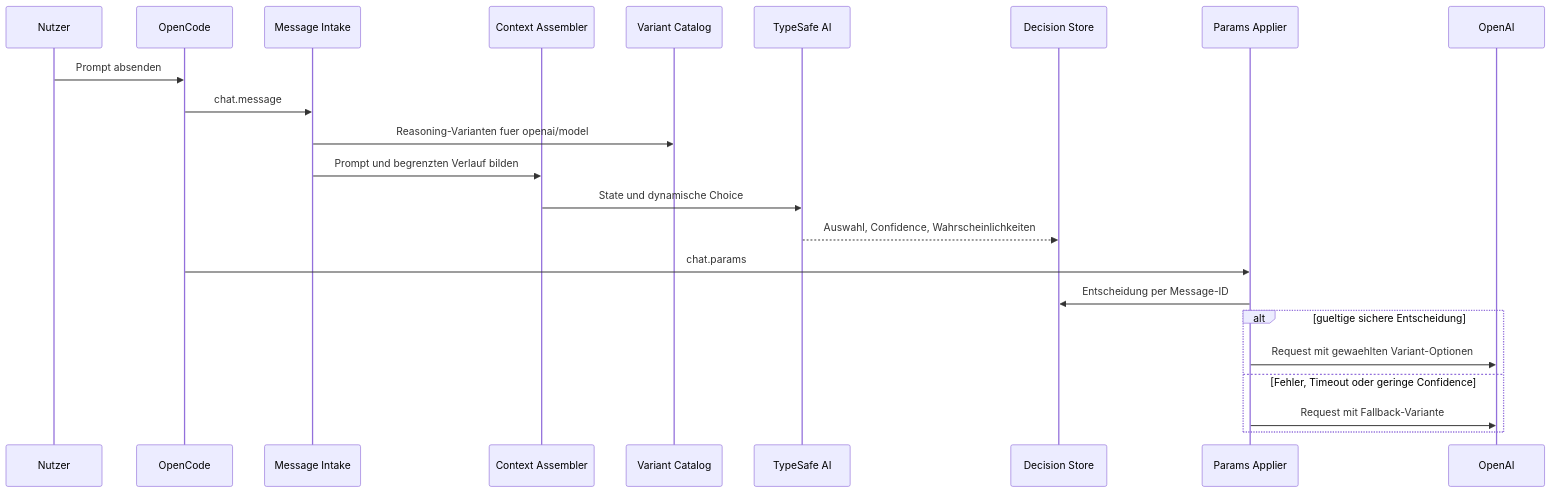
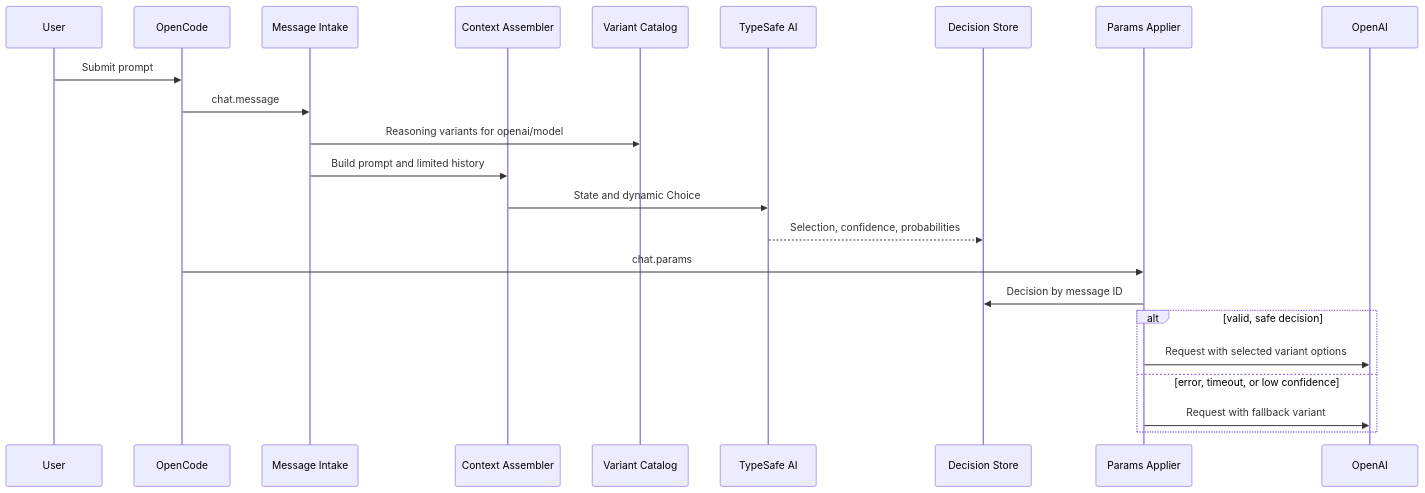
Before and after one commit to Melivo/opencode-plugin-variantizer: the diagram in docs/plans/designs/001-typesafe-openai-variant-router.md, drawn with Mermaid. The commit also changed other lines of this file and 76 other files, not shown here.

````diff
--- a/docs/plans/designs/001-typesafe-openai-variant-router.md
+++ b/docs/plans/designs/001-typesafe-openai-variant-router.md
@@ -75,26 +75,26 @@
 ```mermaid
 sequenceDiagram
-  participant U as Nutzer
+  participant U as User
   participant OC as OpenCode
   participant MI as Message Intake
   participant CA as Context Assembler
   participant VC as Variant Catalog
   participant TS as TypeSafe AI
   participant DS as Decision Store
   participant PA as Params Applier
   participant OA as OpenAI
 
-  U->>OC: Prompt absenden
+  U->>OC: Submit prompt
   OC->>MI: chat.message
-  MI->>VC: Reasoning-Varianten fuer openai/model
-  MI->>CA: Prompt und begrenzten Verlauf bilden
-  CA->>TS: State und dynamische Choice
-  TS-->>DS: Auswahl, Confidence, Wahrscheinlichkeiten
+  MI->>VC: Reasoning variants for openai/model
+  MI->>CA: Build prompt and limited history
+  CA->>TS: State and dynamic Choice
+  TS-->>DS: Selection, confidence, probabilities
   OC->>PA: chat.params
-  PA->>DS: Entscheidung per Message-ID
-  alt gueltige sichere Entscheidung
-    PA->>OA: Request mit gewaehlten Variant-Optionen
-  else Fehler, Timeout oder geringe Confidence
-    PA->>OA: Request mit Fallback-Variante
+  PA->>DS: Decision by message ID
+  alt valid, safe decision
+    PA->>OA: Request with selected variant options
+  else error, timeout, or low confidence
+    PA->>OA: Request with fallback variant
   end
 ```
````
